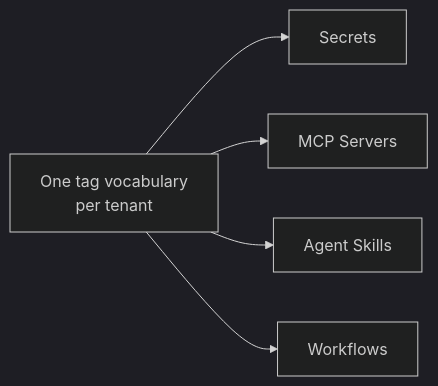
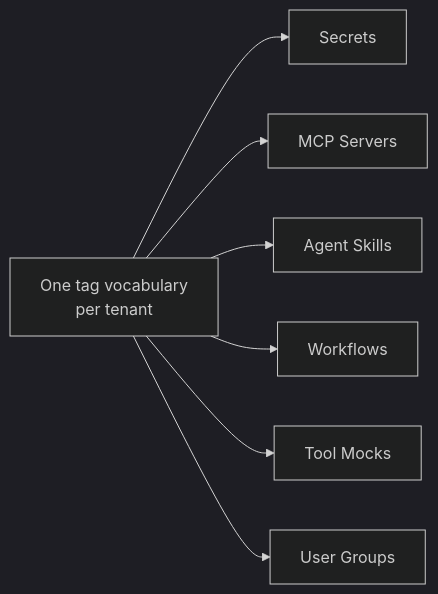
One commit to kaitoy/a2flow changed the diagram in website/docs/guides/tags.md. Above: the diagram before and after it, drawn with Mermaid (dark theme). The commit also changed other lines of this file and 36 other files, not shown here.

First line of the commit message:
Make tool mocks and user groups taggable

````diff
--- a/website/docs/guides/tags.md
+++ b/website/docs/guides/tags.md
@@ -10,7 +10,9 @@
 ```mermaid
 flowchart LR
   T["One tag vocabulary<br/>per tenant"] --> S["Secrets"]
   T --> M["MCP Servers"]
   T --> A["Agent Skills"]
   T --> W["Workflows"]
+  T --> K["Tool Mocks"]
+  T --> G["User Groups"]
 ```
````
